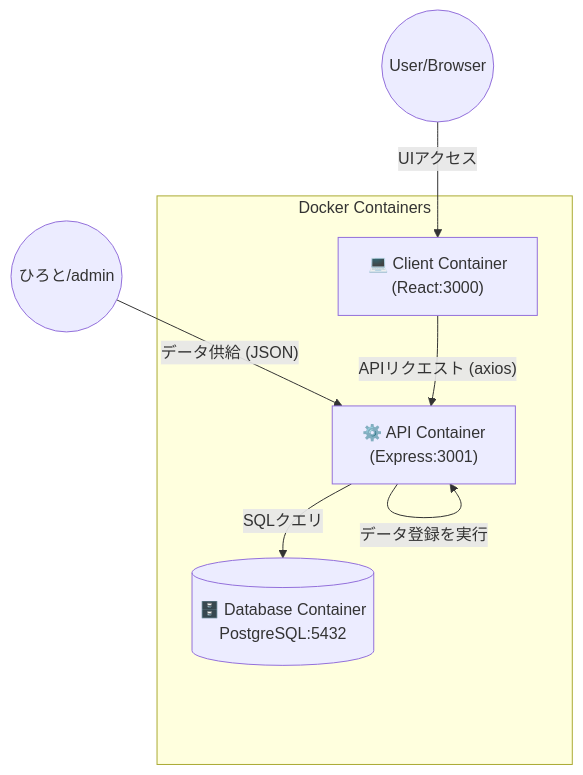
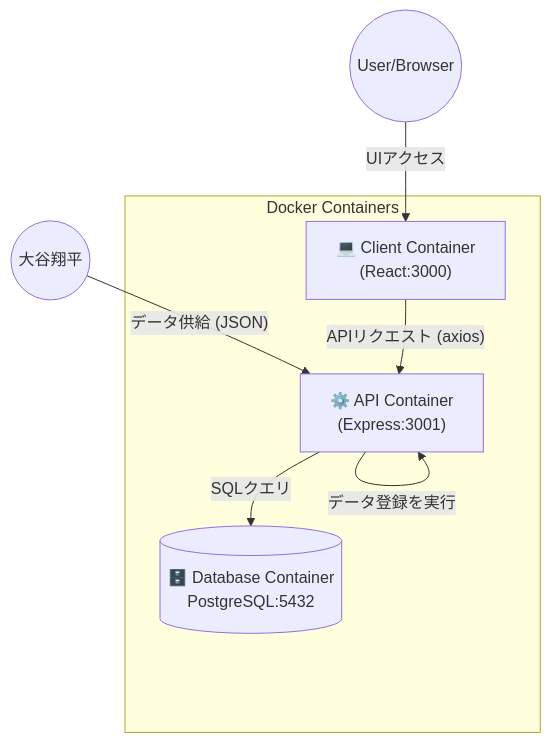
One commit to ieuko/Team-Ohtani changed the diagram in README.md. Above: the diagram before and after it, drawn with Mermaid.

````diff
--- a/README.md
+++ b/README.md
@@ -10,18 +10,18 @@
 ```mermaid
 graph TD
     User((User/Browser))
 
-    Admin((ひろと/admin))
+    Admin((大谷翔平))
     
     subgraph "Docker Containers"
         Client["💻 Client Container<br/>(React:3000)"]
         API["⚙️ API Container<br/>(Express:3001)"]
         DB[("🗄️ Database Container<br/>PostgreSQL:5432")]
     end
 
     User -- "UIアクセス" --> Client
     Admin -- "データ供給 (JSON)" --> API
     Client -- "APIリクエスト (axios)" --> API
     API -- "SQLクエリ" --> DB
     API -- "データ登録を実行" --> API
 ```
````
